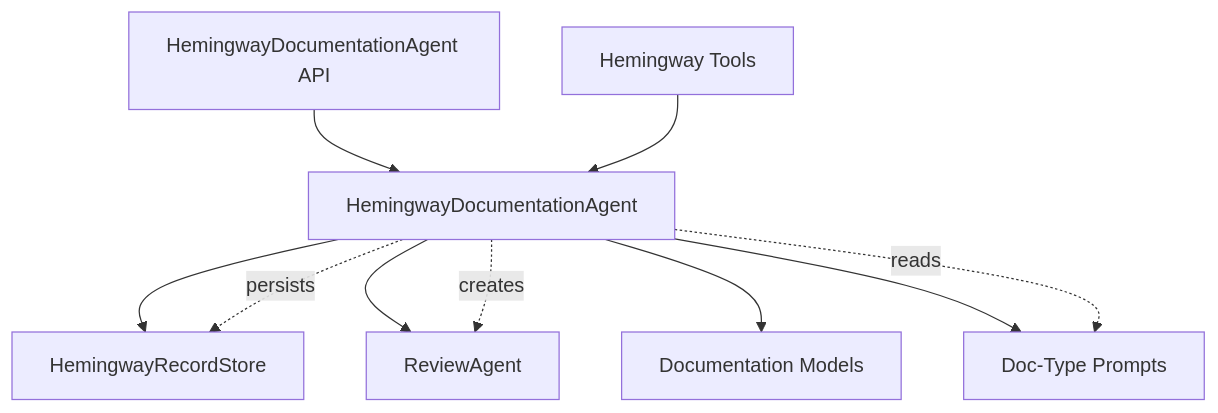
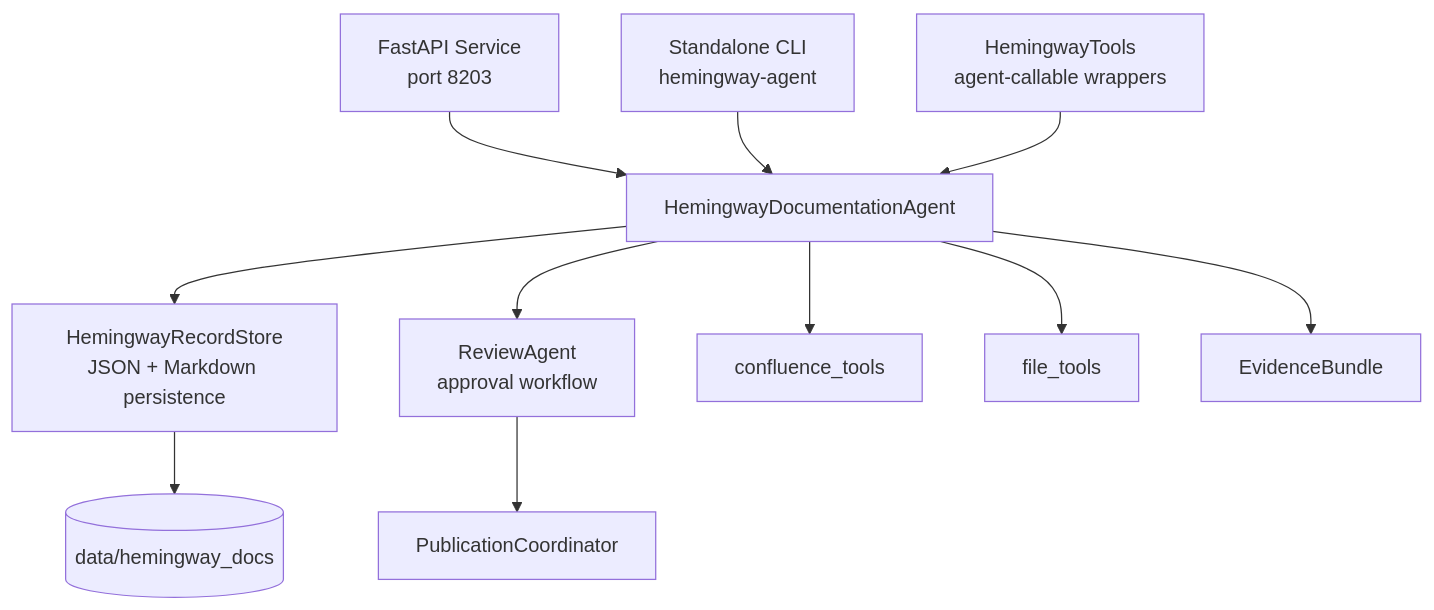
One commit to jmac-cornelis/agent-workforce changed the first of 4 diagrams in docs/agents-hemingway.md. Above: the diagram before and after it, drawn with Mermaid. The commit also changed other lines of this file and 7 other files, not shown here.

````diff
--- a/docs/agents-hemingway.md
+++ b/docs/agents-hemingway.md
@@ -25,21 +25,21 @@
 ```mermaid
 graph TB
-    API[HemingwayDocumentationAgent API]
+    API[FastAPI Service<br/>port 8203]
     Agent[HemingwayDocumentationAgent]
-    RecordStore[HemingwayRecordStore]
-    ReviewAgent[ReviewAgent]
-    Models[Documentation Models]
-    Tools[Hemingway Tools]
-    Prompts[Doc-Type Prompts]
+    RecordStore[HemingwayRecordStore<br/>JSON + Markdown persistence]
+    ReviewAgent[ReviewAgent<br/>approval workflow]
+    Tools[HemingwayTools<br/>agent-callable wrappers]
+    CLI[Standalone CLI<br/>hemingway-agent]
     
     API --> Agent
+    CLI --> Agent
+    Tools --> Agent
     Agent --> RecordStore
     Agent --> ReviewAgent
-    Agent --> Models
-    Agent --> Prompts
-    Tools --> Agent
+    Agent --> ConfluenceTools[confluence_tools]
+    Agent --> FileTools[file_tools]
+    Agent --> EvidenceBundle[EvidenceBundle]
     
-    Agent -.->|reads| Prompts
-    Agent -.->|persists| RecordStore
-    Agent -.->|creates| ReviewAgent
+    RecordStore --> Storage[(data/hemingway_docs)]
+    ReviewAgent --> PublicationCoordinator[PublicationCoordinator]
 ```
````
